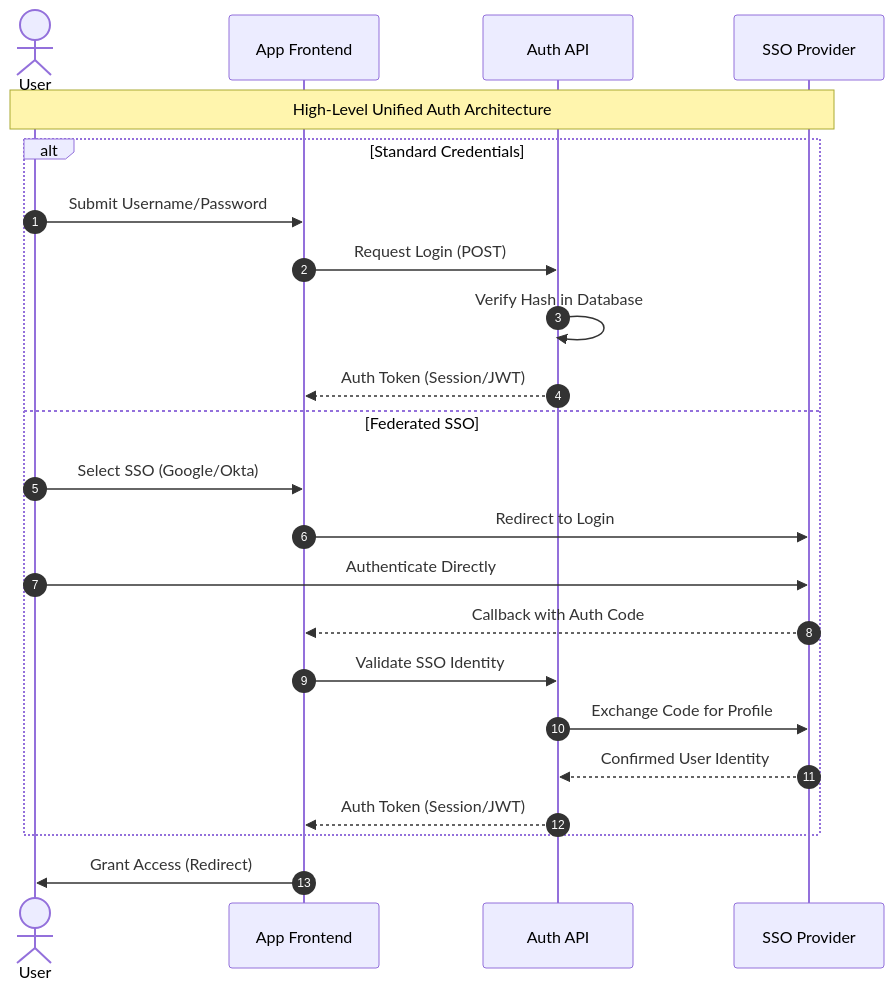
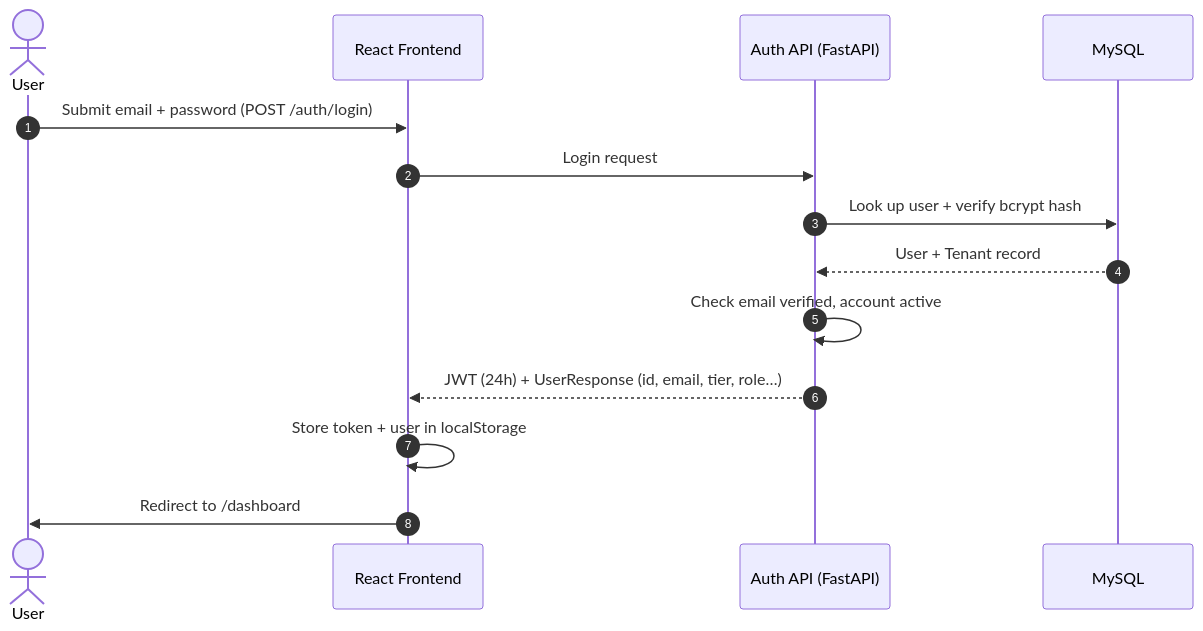
One commit to Chakrix-com/Swaya.me changed the diagram in Docs/auth.md. Above: the diagram before and after it, drawn with Mermaid. The commit also changed other lines of this file and 5 other files, not shown here.

````diff
--- a/Docs/auth.md
+++ b/Docs/auth.md
@@ -1,28 +11,17 @@
 ```mermaid
 sequenceDiagram
     autonumber
     actor User
-    participant Frontend as App Frontend
-    participant Backend as Auth API
-    participant IdP as SSO Provider
+    participant Frontend as React Frontend
+    participant Backend as Auth API (FastAPI)
+    participant DB as MySQL
 
-    Note over User, IdP: High-Level Unified Auth Architecture
-
-    alt Standard Credentials
-        User->>Frontend: Submit Username/Password
-        Frontend->>Backend: Request Login (POST)
-        Backend->>Backend: Verify Hash in Database
-        Backend-->>Frontend: Auth Token (Session/JWT)
-    else Federated SSO
-        User->>Frontend: Select SSO (Google/Okta)
-        Frontend->>IdP: Redirect to Login
-        User->>IdP: Authenticate Directly
-        IdP-->>Frontend: Callback with Auth Code
-        Frontend->>Backend: Validate SSO Identity
-        Backend->>IdP: Exchange Code for Profile
-        IdP-->>Backend: Confirmed User Identity
-        Backend-->>Frontend: Auth Token (Session/JWT)
-    end
-
-    Frontend->>User: Grant Access (Redirect)
+    User->>Frontend: Submit email + password (POST /auth/login)
+    Frontend->>Backend: Login request
+    Backend->>DB: Look up user + verify bcrypt hash
+    DB-->>Backend: User + Tenant record
+    Backend->>Backend: Check email verified, account active
+    Backend-->>Frontend: JWT (24h) + UserResponse (id, email, tier, role…)
+    Frontend->>Frontend: Store token + user in localStorage
+    Frontend->>User: Redirect to /dashboard
 ```
````
